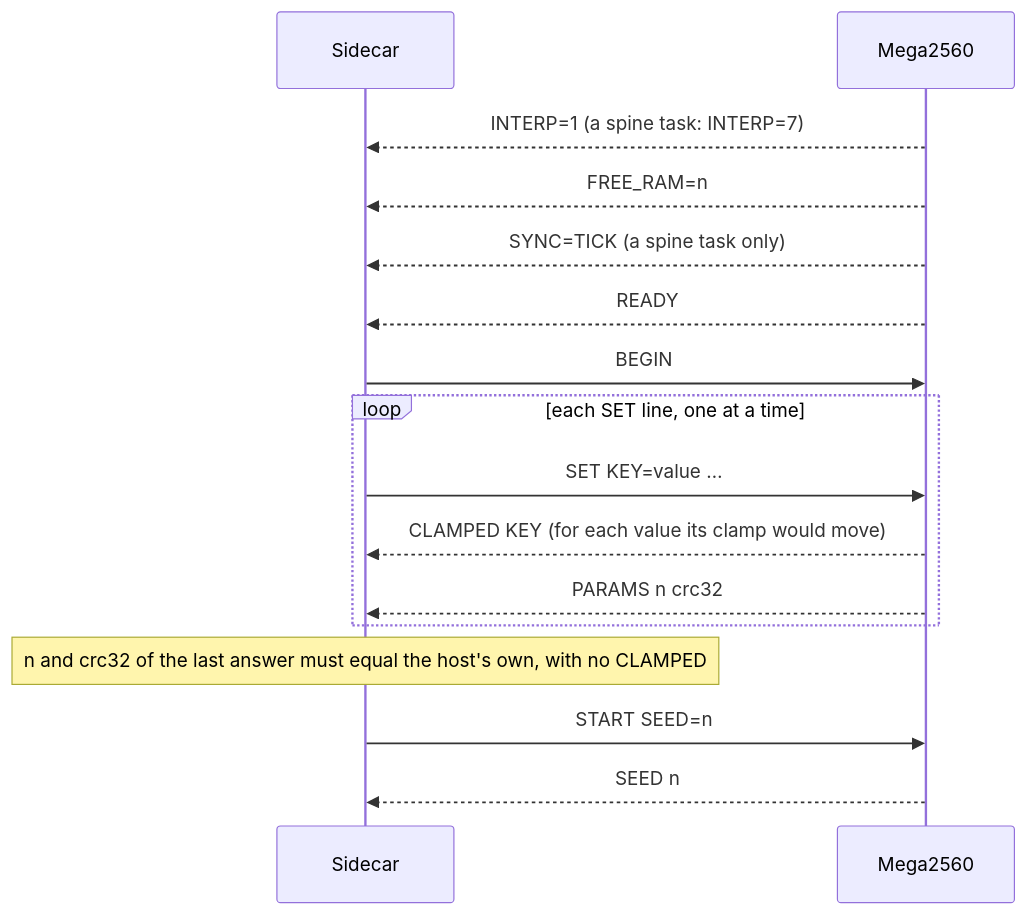
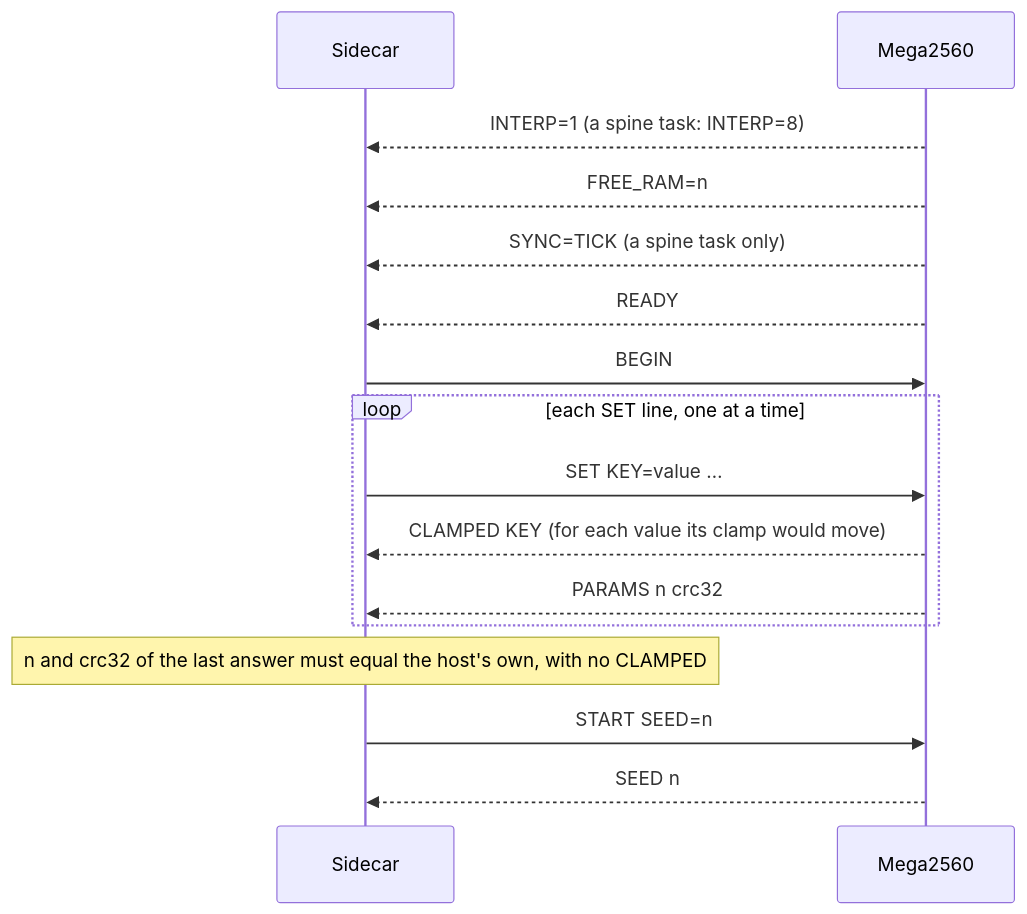
Before and after one commit to Chase-NJ/Ephymeris: the sixth of 7 diagrams in docs/TASKS.md, drawn with Mermaid. The commit also changed other lines of this file and 28 other files, not shown here.

First line of the commit message:
Strobe each spine trial's outcome class (ADR 0005, INTERP 8) (#206)

````diff
--- a/docs/TASKS.md
+++ b/docs/TASKS.md
@@ -1333,18 +1336,18 @@
 ```mermaid
 sequenceDiagram
     participant Host as Sidecar
     participant Board as Mega2560
-    Board-->>Host: INTERP=1 (a spine task: INTERP=7)
+    Board-->>Host: INTERP=1 (a spine task: INTERP=8)
     Board-->>Host: FREE_RAM=n
     Board-->>Host: SYNC=TICK (a spine task only)
     Board-->>Host: READY
     Host->>Board: BEGIN
     loop each SET line, one at a time
         Host->>Board: SET KEY=value …
         Board-->>Host: CLAMPED KEY (for each value its clamp would move)
         Board-->>Host: PARAMS n crc32
     end
     Note over Host: n and crc32 of the last answer must equal the host's own, with no CLAMPED
     Host->>Board: START SEED=n
     Board-->>Host: SEED n
 ```
````
